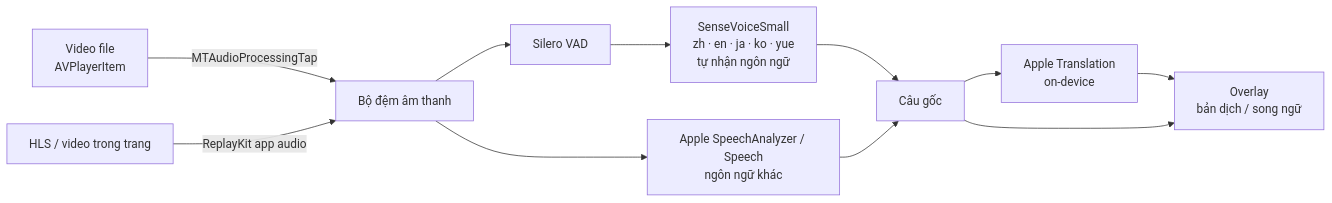
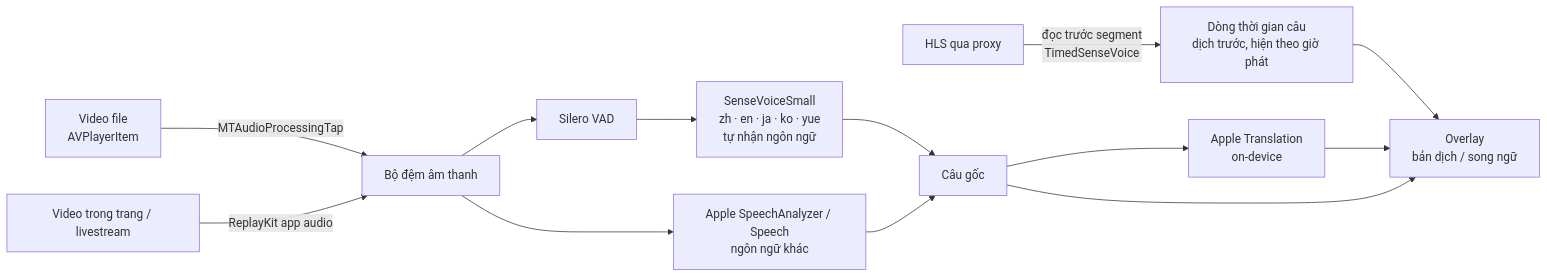
One commit to leduyphuc1702/FAbrowser changed the first of 2 diagrams in README.md. Above: the diagram before and after it, drawn with Mermaid. The commit also changed other lines of this file and 6 other files, not shown here.

Commit message:
HLS subtitles prepared ahead of playback: SenseVoice reads downloaded segments up to 45 s ahead, joins sentences across pauses, translates whole sentences early and shows each caption at its spoken time (token timestamps); seek-aware coverage

````diff
--- a/README.md
+++ b/README.md
@@ -186,12 +188,14 @@
 ```mermaid
 flowchart LR
     A[Video file<br/>AVPlayerItem] -->|MTAudioProcessingTap| C
-    B[HLS / video trong trang] -->|ReplayKit app audio| C
+    H[HLS qua proxy] -->|đọc trước segment<br/>TimedSenseVoice| T[Dòng thời gian câu<br/>dịch trước, hiện theo giờ phát]
+    B[Video trong trang / livestream] -->|ReplayKit app audio| C
     C[Bộ đệm âm thanh] --> V[Silero VAD] --> S[SenseVoiceSmall<br/>zh · en · ja · ko · yue<br/>tự nhận ngôn ngữ]
     C --> D[Apple SpeechAnalyzer / Speech<br/>ngôn ngữ khác]
     S --> E[Câu gốc]
     D --> E
     E --> F[Apple Translation<br/>on-device]
     F --> G[Overlay<br/>bản dịch / song ngữ]
+    T --> G
     E --> G
 ```
````
